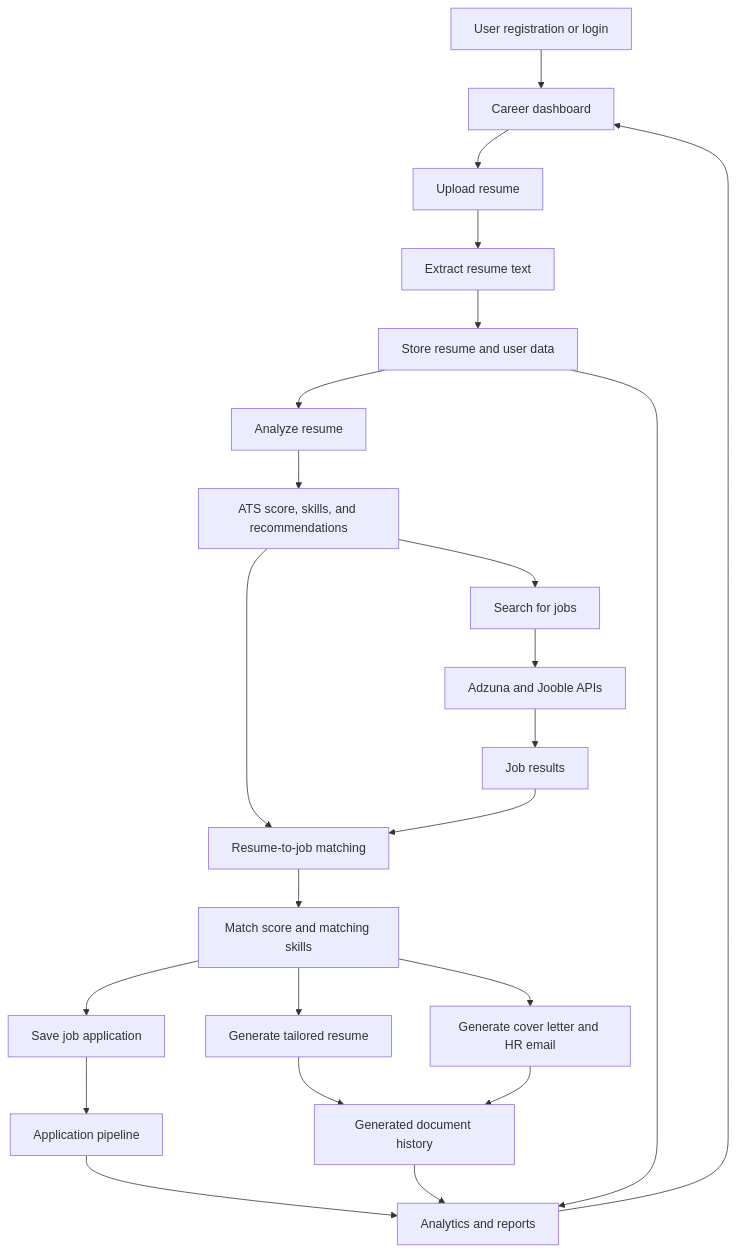
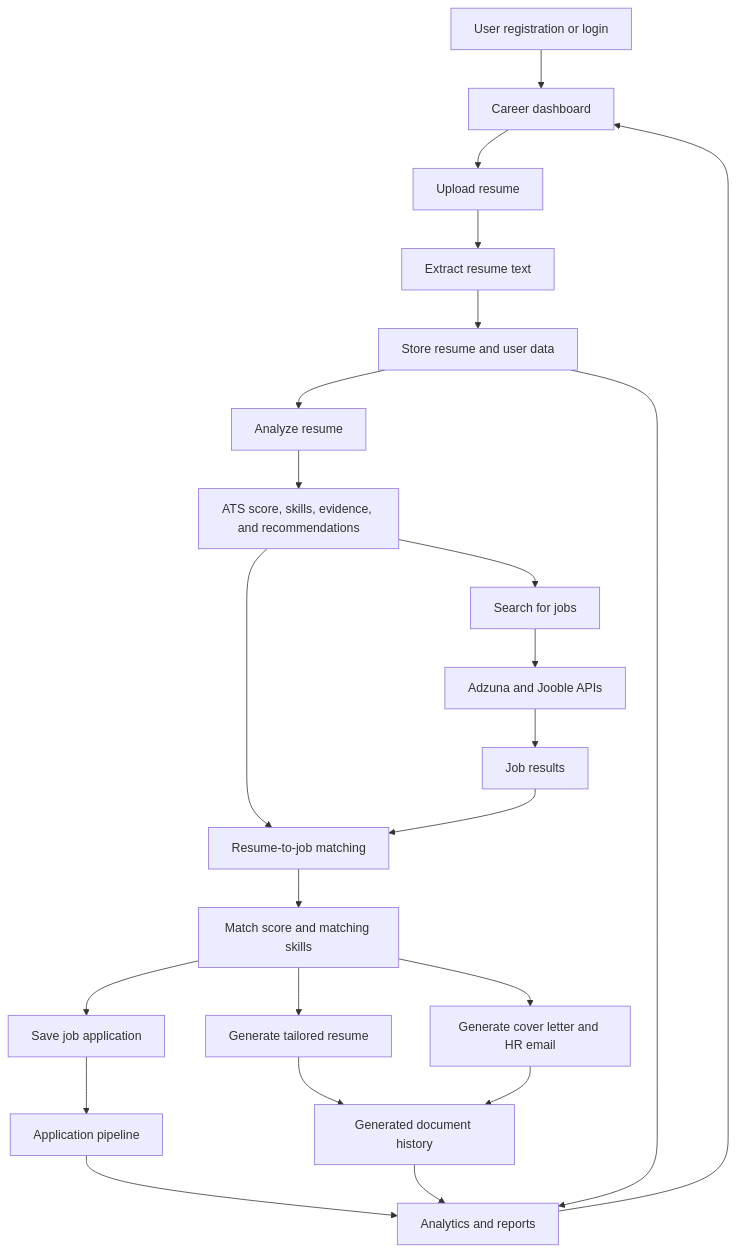
Before and after one commit to srijabiswas-01/AI-Powered-Career-Intelligence-Platform: the first of 2 diagrams in README.md, drawn with Mermaid. The commit also changed other lines of this file, not shown here.

````diff
--- a/README.md
+++ b/README.md
@@ -256,25 +306,25 @@
 ```mermaid
 flowchart TD
     A[User registration or login] --> B[Career dashboard]
     B --> C[Upload resume]
     C --> D[Extract resume text]
     D --> E[Store resume and user data]
     E --> F[Analyze resume]
-    F --> G[ATS score, skills, and recommendations]
+    F --> G[ATS score, skills, evidence, and recommendations]
     G --> H[Search for jobs]
     H --> I[Adzuna and Jooble APIs]
     I --> J[Job results]
     G --> K[Resume-to-job matching]
     J --> K
     K --> L[Match score and matching skills]
     L --> M[Save job application]
     L --> N[Generate tailored resume]
     L --> O[Generate cover letter and HR email]
     M --> P[Application pipeline]
     N --> Q[Generated document history]
     O --> Q
     P --> R[Analytics and reports]
     Q --> R
     E --> R
     R --> B
 ```
````
